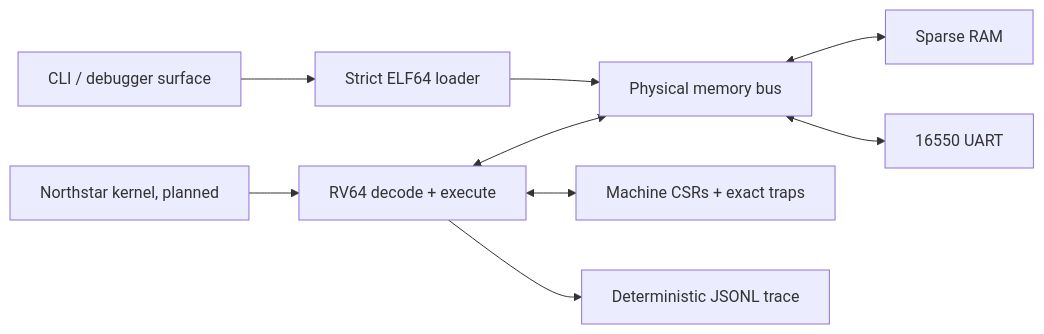
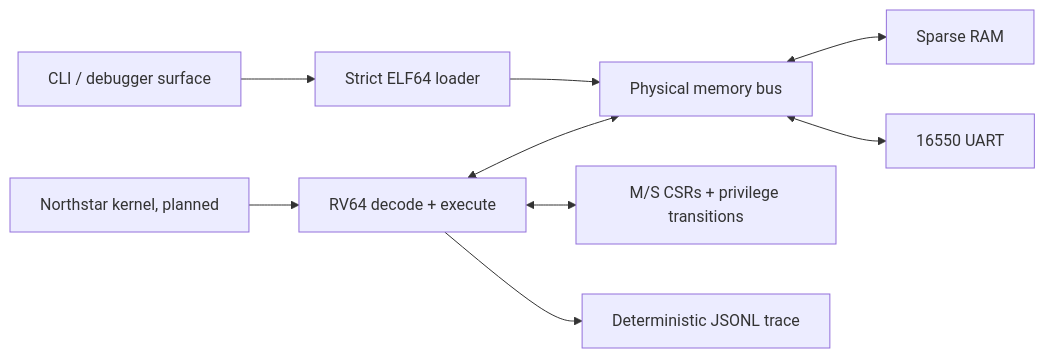
Before and after one commit to StaryMoon/Northstar64: the diagram in README.md, drawn with Mermaid. The commit also changed other lines of this file and 20 other files, not shown here.

Commit message:
Implement delegated traps and xRET transitions (#10)

````diff
--- a/README.md
+++ b/README.md
@@ -96,11 +97,11 @@
 ```mermaid
 flowchart LR
   CLI[CLI / debugger surface] --> ELF[Strict ELF64 loader]
   ELF --> BUS[Physical memory bus]
   CPU[RV64 decode + execute] <--> BUS
-  CPU <--> CSR[Machine CSRs + exact traps]
+  CPU <--> CSR[M/S CSRs + privilege transitions]
   BUS <--> RAM[Sparse RAM]
   BUS <--> UART[16550 UART]
   CPU --> TRACE[Deterministic JSONL trace]
   KERNEL[Northstar kernel, planned] --> CPU
 ```
````
